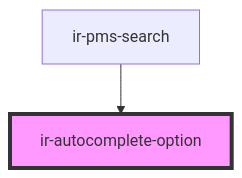
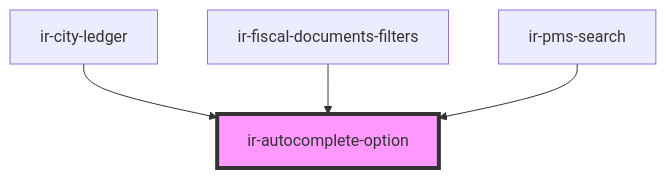
One commit to RonyRizk/ir-webcmp changed the diagram in src/components/ui/ir-autocomplete/ir-autocomplete-option/readme.md. Above: the diagram before and after it, drawn with Mermaid. The commit also changed other lines of this file and 586 other files, not shown here.

````diff
--- a/src/components/ui/ir-autocomplete/ir-autocomplete-option/readme.md
+++ b/src/components/ui/ir-autocomplete/ir-autocomplete-option/readme.md
@@ -26,5 +28,7 @@
 ```mermaid
 graph TD;
+  ir-city-ledger --> ir-autocomplete-option
+  ir-fiscal-documents-filters --> ir-autocomplete-option
   ir-pms-search --> ir-autocomplete-option
   style ir-autocomplete-option fill:#f9f,stroke:#333,stroke-width:4px
 ```
````
